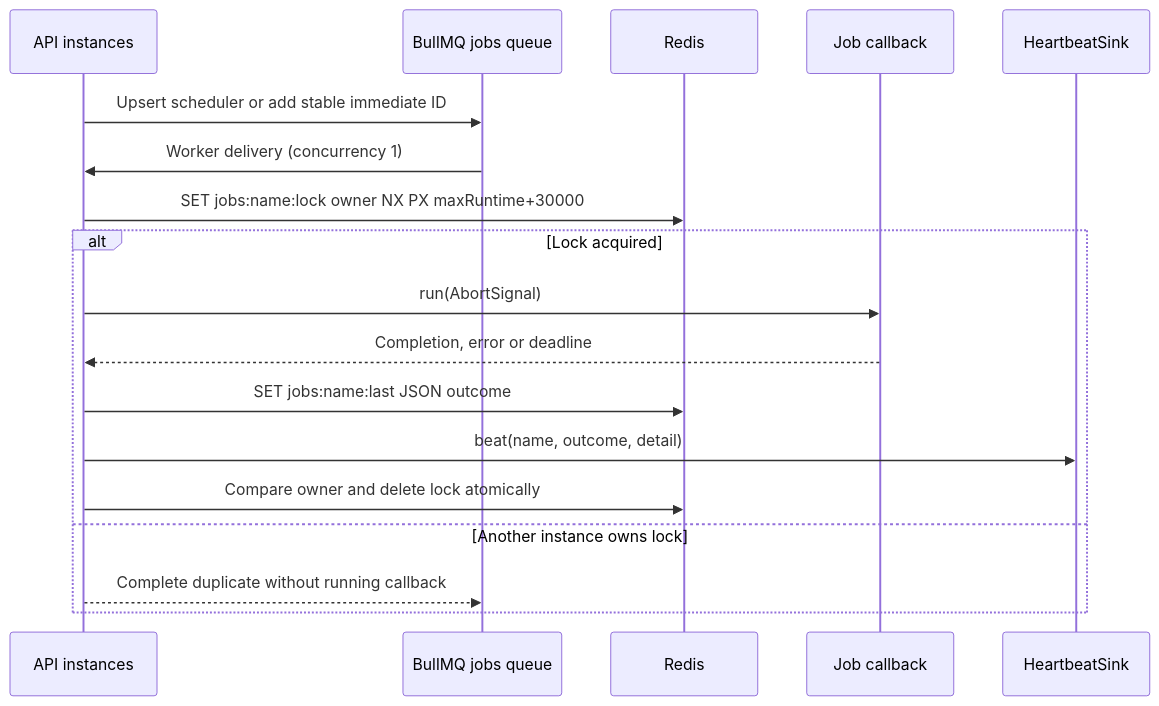
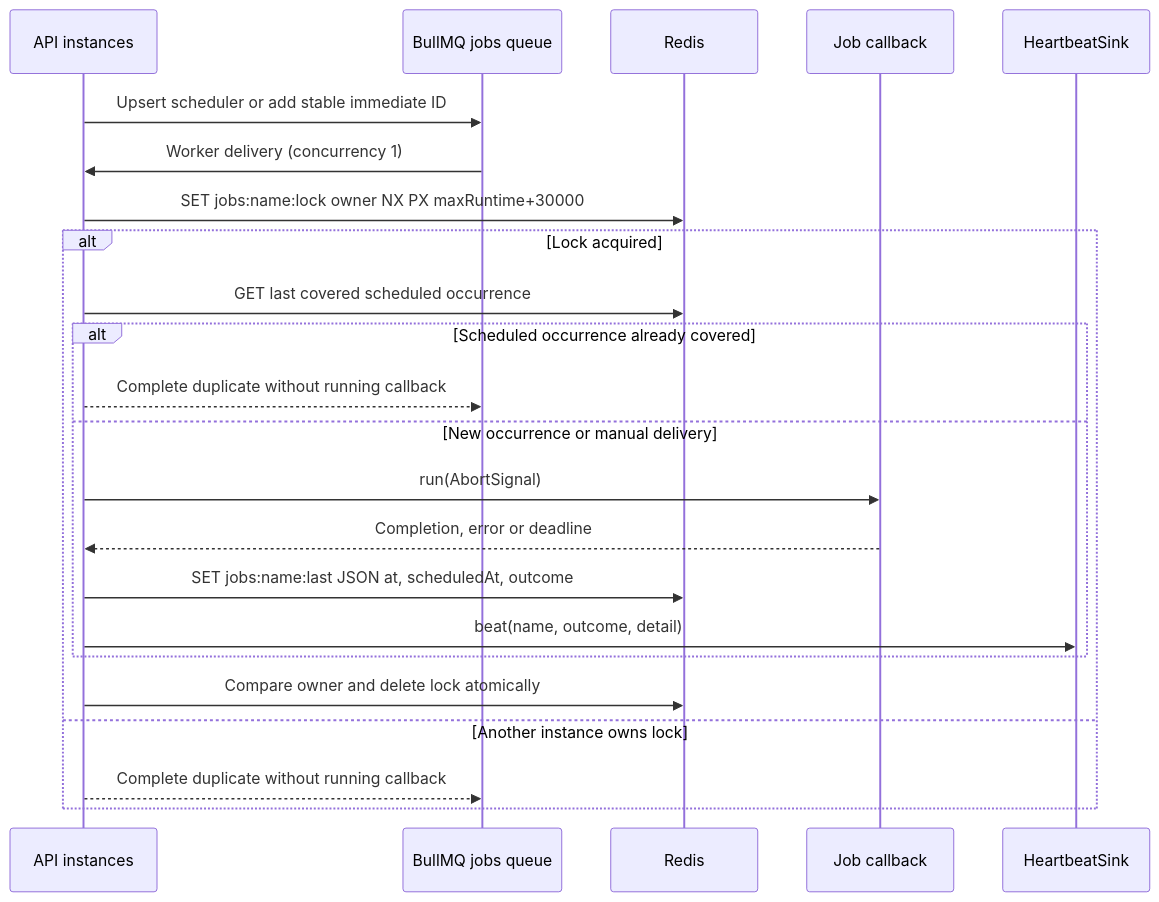
The second of 17 diagrams in architecture/features/foundation/README.md (devrunch/ai-trader-2), drawn with Mermaid before and after one commit. The commit also changed other lines of this file and 36 other files, not shown here.

````diff
--- a/architecture/features/foundation/README.md
+++ b/architecture/features/foundation/README.md
@@ -32,20 +39,25 @@
 ```mermaid
 sequenceDiagram
   participant API as API instances
   participant Queue as BullMQ jobs queue
   participant Redis
   participant Run as Job callback
   participant Sink as HeartbeatSink
   API->>Queue: Upsert scheduler or add stable immediate ID
   Queue->>API: Worker delivery (concurrency 1)
   API->>Redis: SET jobs:name:lock owner NX PX maxRuntime+30000
   alt Lock acquired
-    API->>Run: run(AbortSignal)
-    Run-->>API: Completion, error or deadline
-    API->>Redis: SET jobs:name:last JSON outcome
-    API->>Sink: beat(name, outcome, detail)
+    API->>Redis: GET last covered scheduled occurrence
+    alt Scheduled occurrence already covered
+      API-->>Queue: Complete duplicate without running callback
+    else New occurrence or manual delivery
+      API->>Run: run(AbortSignal)
+      Run-->>API: Completion, error or deadline
+      API->>Redis: SET jobs:name:last JSON at, scheduledAt, outcome
+      API->>Sink: beat(name, outcome, detail)
+    end
     API->>Redis: Compare owner and delete lock atomically
   else Another instance owns lock
     API-->>Queue: Complete duplicate without running callback
   end
 ```
````
